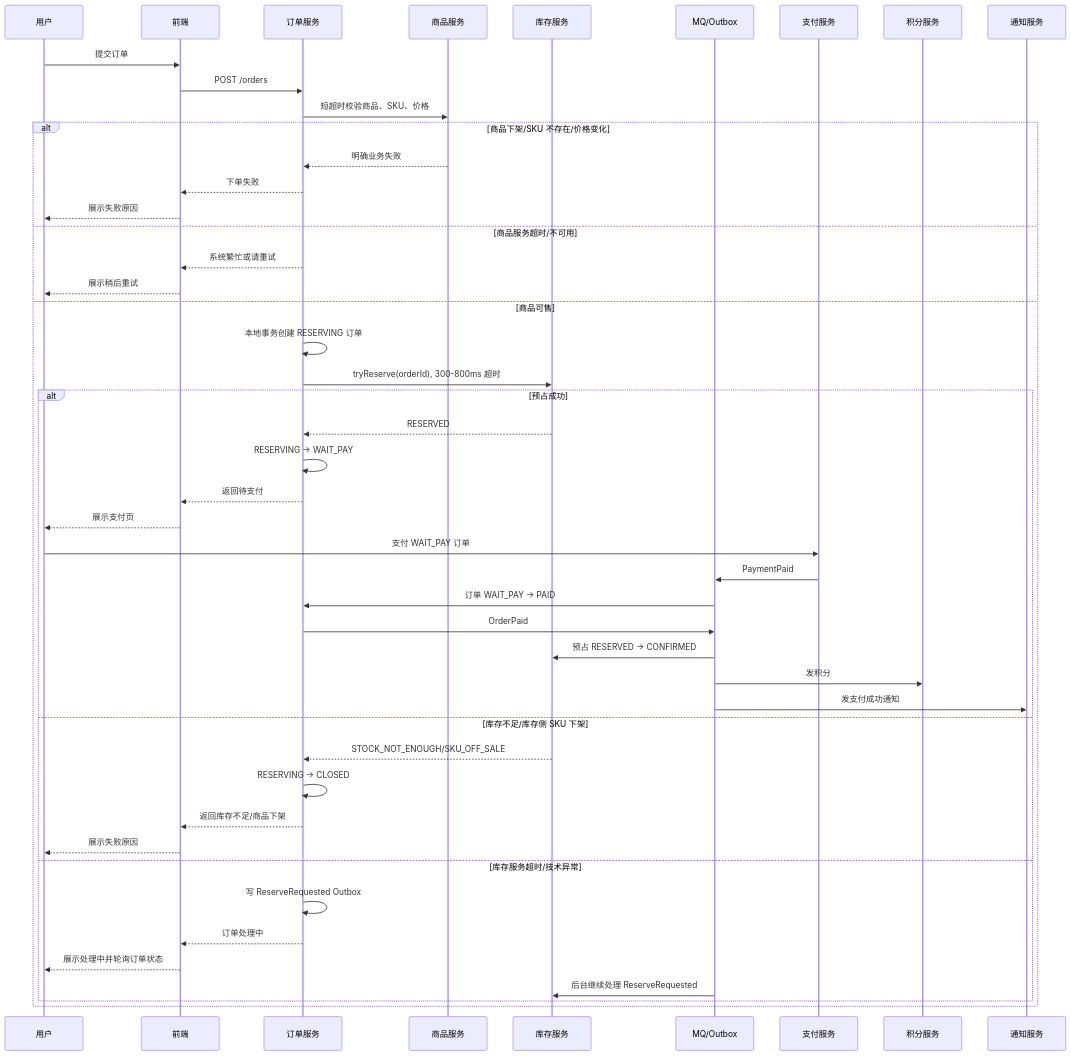
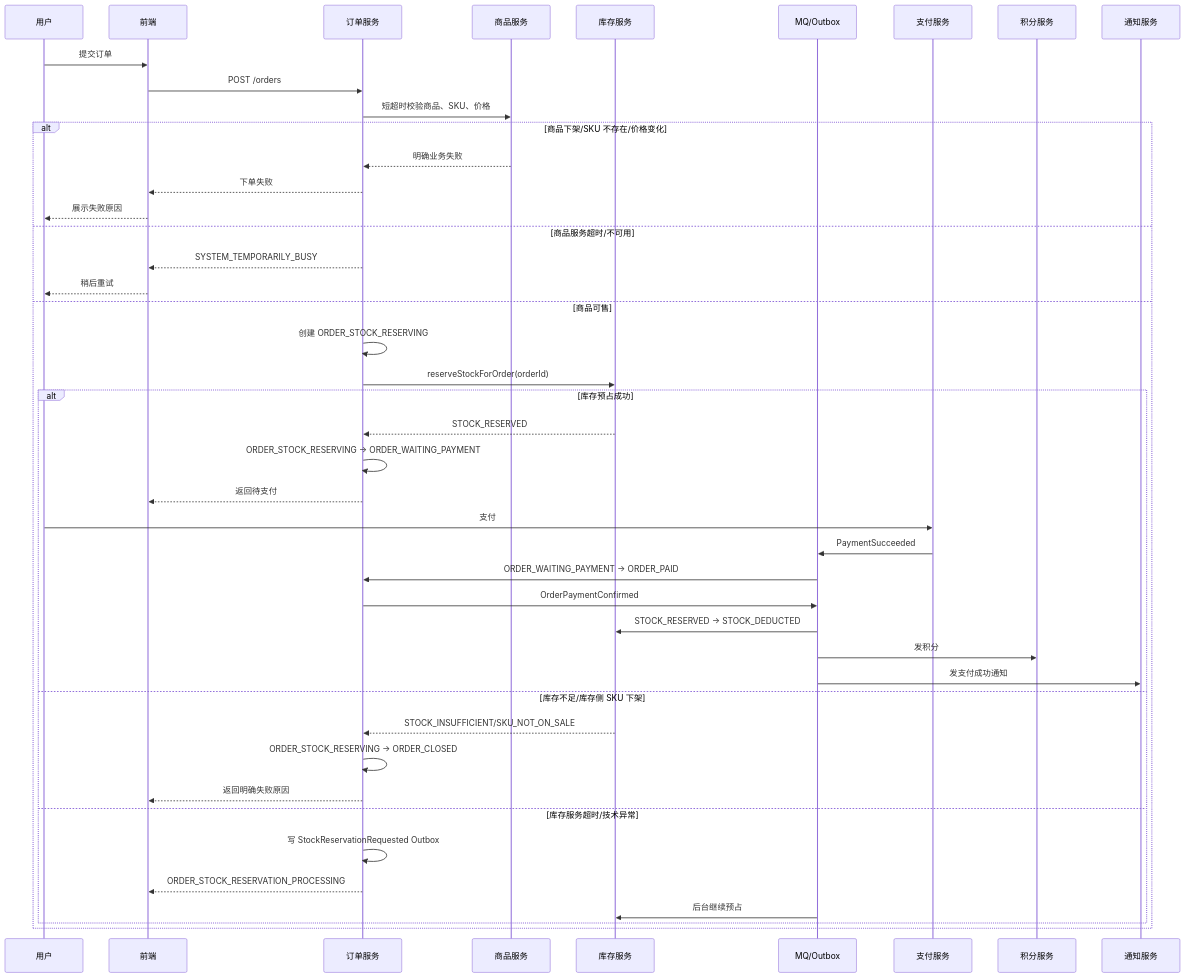
Before and after one commit to yinshihaogithub/framework-boot-starter: the second of 3 diagrams in docs/ORDER_FINAL_CONSISTENCY_DESIGN.md, drawn with Mermaid. The commit also changed other lines of this file, not shown here.

````diff
--- a/docs/ORDER_FINAL_CONSISTENCY_DESIGN.md
+++ b/docs/ORDER_FINAL_CONSISTENCY_DESIGN.md
@@ -82,52 +78,49 @@
 ```mermaid
 sequenceDiagram
   participant User as 用户
   participant Web as 前端
   participant Order as 订单服务
   participant Product as 商品服务
-  participant Inventory as 库存服务
+  participant Stock as 库存服务
   participant MQ as MQ/Outbox
   participant Pay as 支付服务
   participant Point as 积分服务
   participant Notify as 通知服务
 
   User->>Web: 提交订单
   Web->>Order: POST /orders
   Order->>Product: 短超时校验商品、SKU、价格
 
   alt 商品下架/SKU 不存在/价格变化
     Product-->>Order: 明确业务失败
     Order-->>Web: 下单失败
     Web-->>User: 展示失败原因
   else 商品服务超时/不可用
-    Order-->>Web: 系统繁忙或请重试
-    Web-->>User: 展示稍后重试
+    Order-->>Web: SYSTEM_TEMPORARILY_BUSY
+    Web-->>User: 稍后重试
   else 商品可售
-    Order->>Order: 本地事务创建 RESERVING 订单
-    Order->>Inventory: tryReserve(orderId), 300-800ms 超时
+    Order->>Order: 创建 ORDER_STOCK_RESERVING
+    Order->>Stock: reserveStockForOrder(orderId)
 
-    alt 预占成功
-      Inventory-->>Order: RESERVED
-      Order->>Order: RESERVING -> WAIT_PAY
+    alt 库存预占成功
+      Stock-->>Order: STOCK_RESERVED
+      Order->>Order: ORDER_STOCK_RESERVING -> ORDER_WAITING_PAYMENT
       Order-->>Web: 返回待支付
-      Web-->>User: 展示支付页
-      User->>Pay: 支付 WAIT_PAY 订单
-      Pay->>MQ: PaymentPaid
-      MQ->>Order: 订单 WAIT_PAY -> PAID
-      Order->>MQ: OrderPaid
-      MQ->>Inventory: 预占 RESERVED -> CONFIRMED
+      User->>Pay: 支付
+      Pay->>MQ: PaymentSucceeded
+      MQ->>Order: ORDER_WAITING_PAYMENT -> ORDER_PAID
+      Order->>MQ: OrderPaymentConfirmed
+      MQ->>Stock: STOCK_RESERVED -> STOCK_DEDUCTED
       MQ->>Point: 发积分
       MQ->>Notify: 发支付成功通知
     else 库存不足/库存侧 SKU 下架
-      Inventory-->>Order: STOCK_NOT_ENOUGH/SKU_OFF_SALE
-      Order->>Order: RESERVING -> CLOSED
-      Order-->>Web: 返回库存不足/商品下架
-      Web-->>User: 展示失败原因
+      Stock-->>Order: STOCK_INSUFFICIENT/SKU_NOT_ON_SALE
+      Order->>Order: ORDER_STOCK_RESERVING -> ORDER_CLOSED
+      Order-->>Web: 返回明确失败原因
     else 库存服务超时/技术异常
-      Order->>Order: 写 ReserveRequested Outbox
-      Order-->>Web: 订单处理中
-      Web-->>User: 展示处理中并轮询订单状态
-      MQ->>Inventory: 后台继续处理 ReserveRequested
+      Order->>Order: 写 StockReservationRequested Outbox
+      Order-->>Web: ORDER_STOCK_RESERVATION_PROCESSING
+      MQ->>Stock: 后台继续预占
     end
   end
 ```
````
